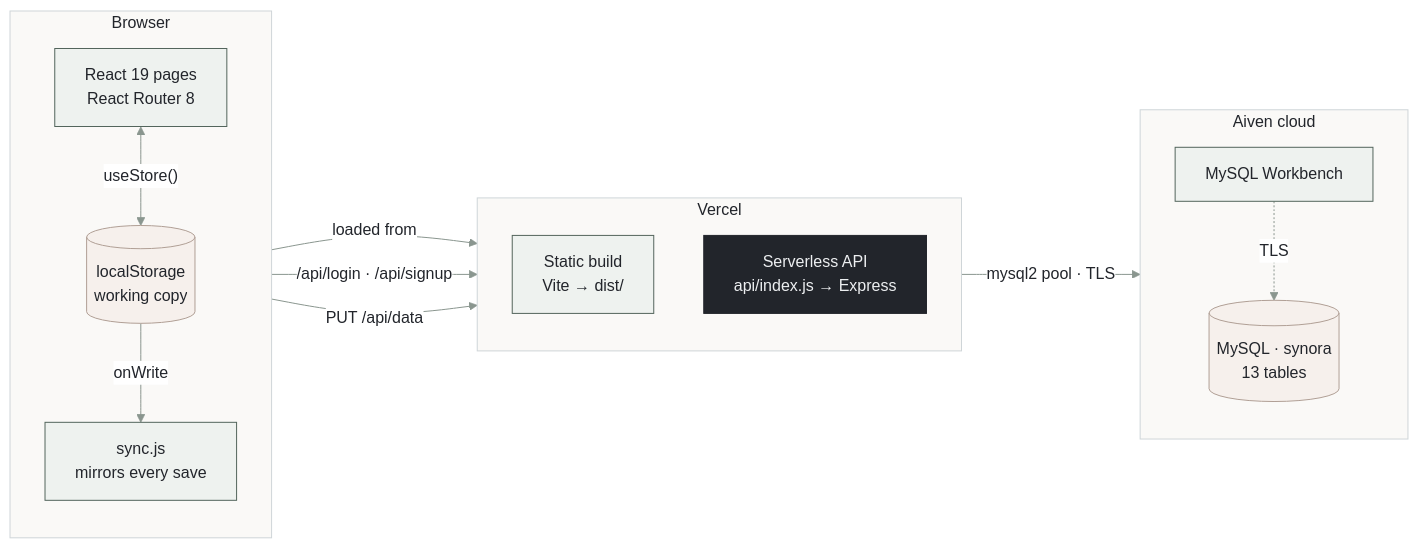
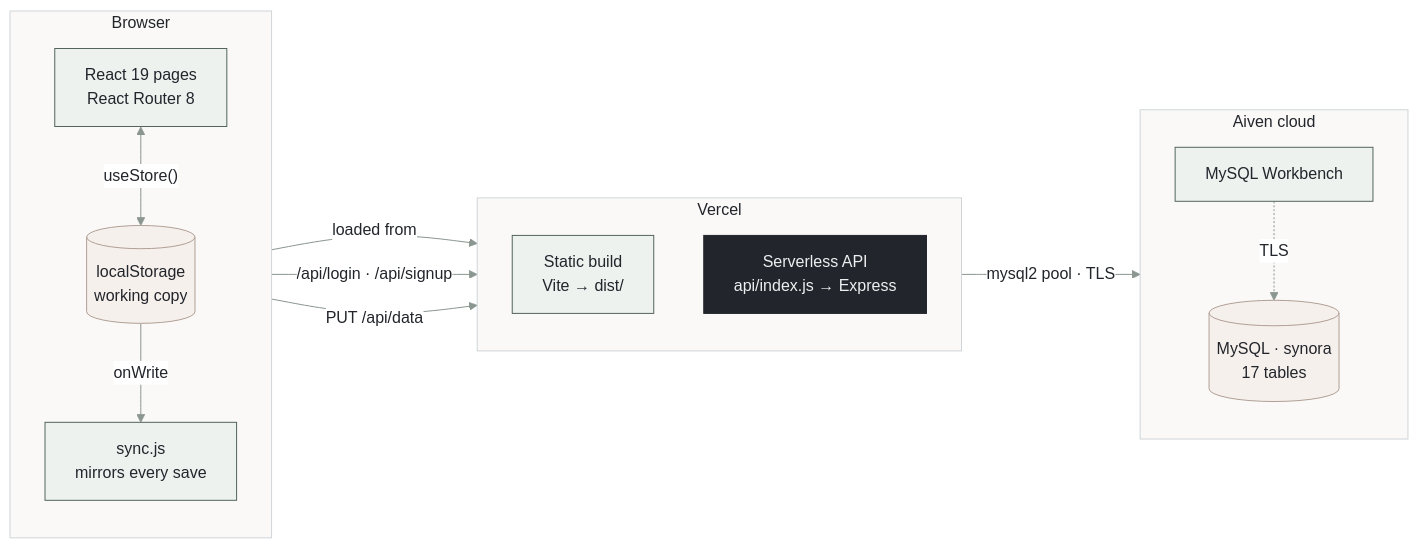
Before and after one commit to Manan-2007/Synora: the fourth of 7 diagrams in README.md, drawn with Mermaid. The commit also changed other lines of this file and 45 other files, not shown here.

````diff
--- a/README.md
+++ b/README.md
@@ -364,31 +419,31 @@
 ```mermaid
 %%{init: {"theme": "base", "themeVariables": {"fontFamily": "Inter, -apple-system, Segoe UI, sans-serif", "primaryColor": "#EEF2EF", "primaryTextColor": "#22252B", "primaryBorderColor": "#53655C", "lineColor": "#8A968F", "clusterBkg": "#FAF9F7", "clusterBorder": "#CFD5D8", "titleColor": "#22252B", "edgeLabelBackground": "#FFFFFF"}}}%%
 flowchart LR
     subgraph BROWSER["Browser"]
         direction TB
         UI["React 19 pages<br/>React Router 8"]
         LS[("localStorage<br/>working copy")]
         SY["sync.js<br/>mirrors every save"]
         UI <-->|"useStore()"| LS
         LS -->|"onWrite"| SY
     end
     subgraph VERCEL["Vercel"]
         direction TB
         CDN["Static build<br/>Vite → dist/"]
         FN["Serverless API<br/>api/index.js → Express"]
     end
     subgraph AIVEN["Aiven cloud"]
         direction TB
-        DB[("MySQL · synora<br/>13 tables")]
+        DB[("MySQL · synora<br/>17 tables")]
         WB["MySQL Workbench"]
     end
     UI -->|"loaded from"| CDN
     UI -->|"/api/login · /api/signup"| FN
     SY -->|"PUT /api/data"| FN
     FN -->|"mysql2 pool · TLS"| DB
     WB -.->|"TLS"| DB
     classDef dark fill:#22252B,stroke:#22252B,color:#EDEFF1
     classDef data fill:#F6F0EC,stroke:#B09F95,color:#22252B
     class FN dark
     class DB,LS data
 ```
````
